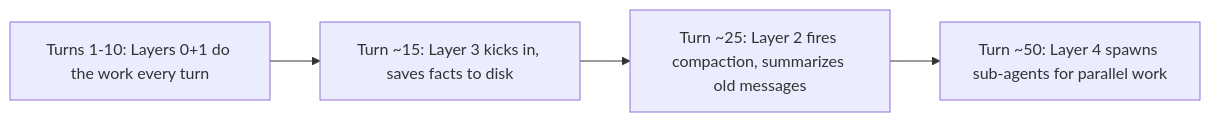
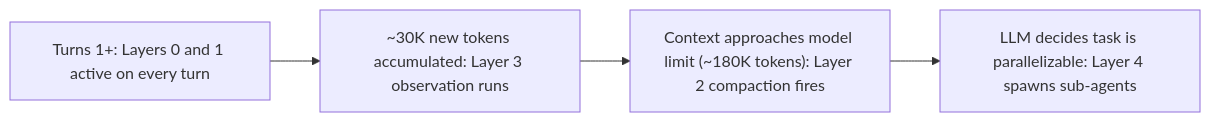
Before and after one commit to 2kages/agent-learning: the eighth of 8 diagrams in README.md, drawn with Mermaid. The commit also changed other lines of this file and 2 other files, not shown here.

````diff
--- a/README.md
+++ b/README.md
@@ -224,9 +320,9 @@
 ```mermaid
 flowchart LR
-    T1["Turns 1-10: Layers 0+1 do the work every turn"]
-    T2["Turn ~15: Layer 3 kicks in, saves facts to disk"]
-    T3["Turn ~25: Layer 2 fires compaction, summarizes old messages"]
-    T4["Turn ~50: Layer 4 spawns sub-agents for parallel work"]
+    T1["Turns 1+: Layers 0 and 1 active on every turn"]
+    T2["~30K new tokens accumulated: Layer 3 observation runs"]
+    T3["Context approaches model limit (~180K tokens): Layer 2 compaction fires"]
+    T4["LLM decides task is parallelizable: Layer 4 spawns sub-agents"]
 
     T1 --> T2 --> T3 --> T4
 ```
````
